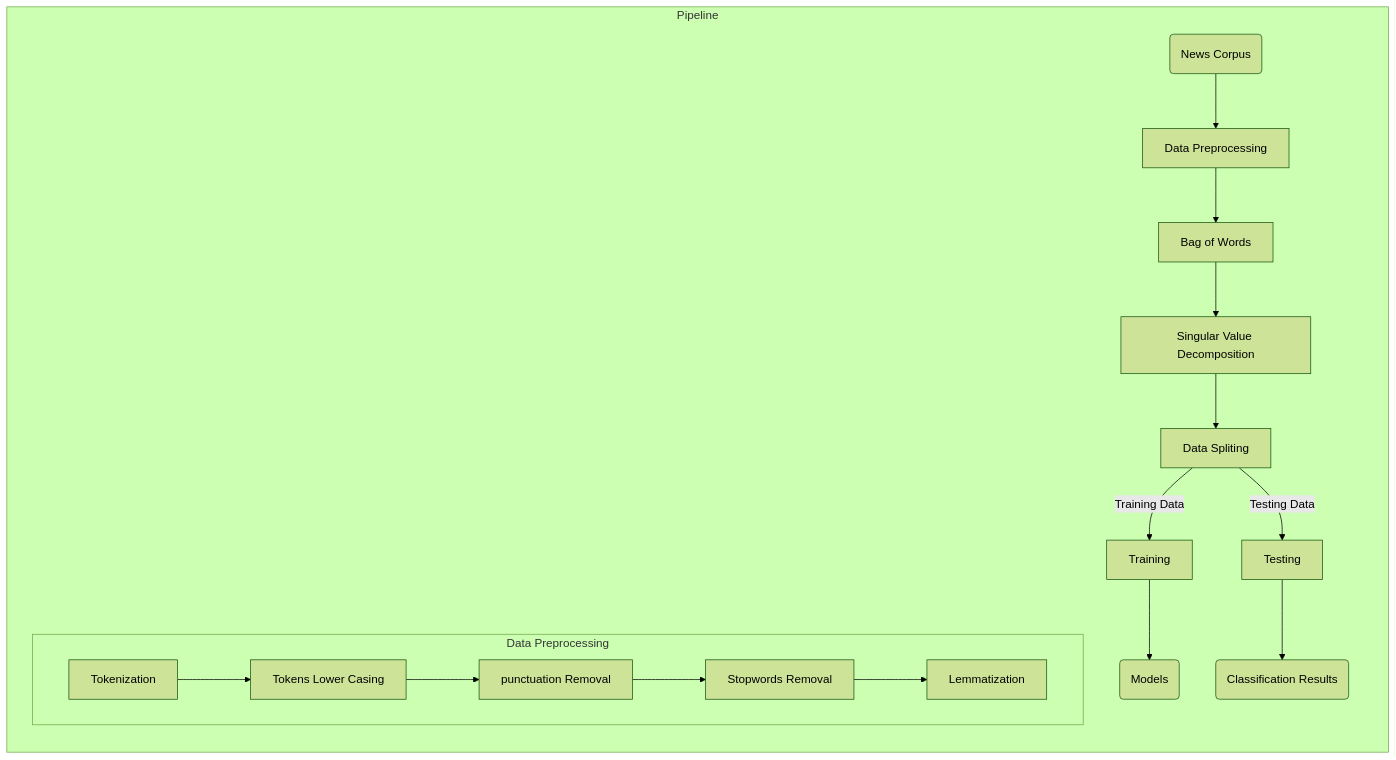
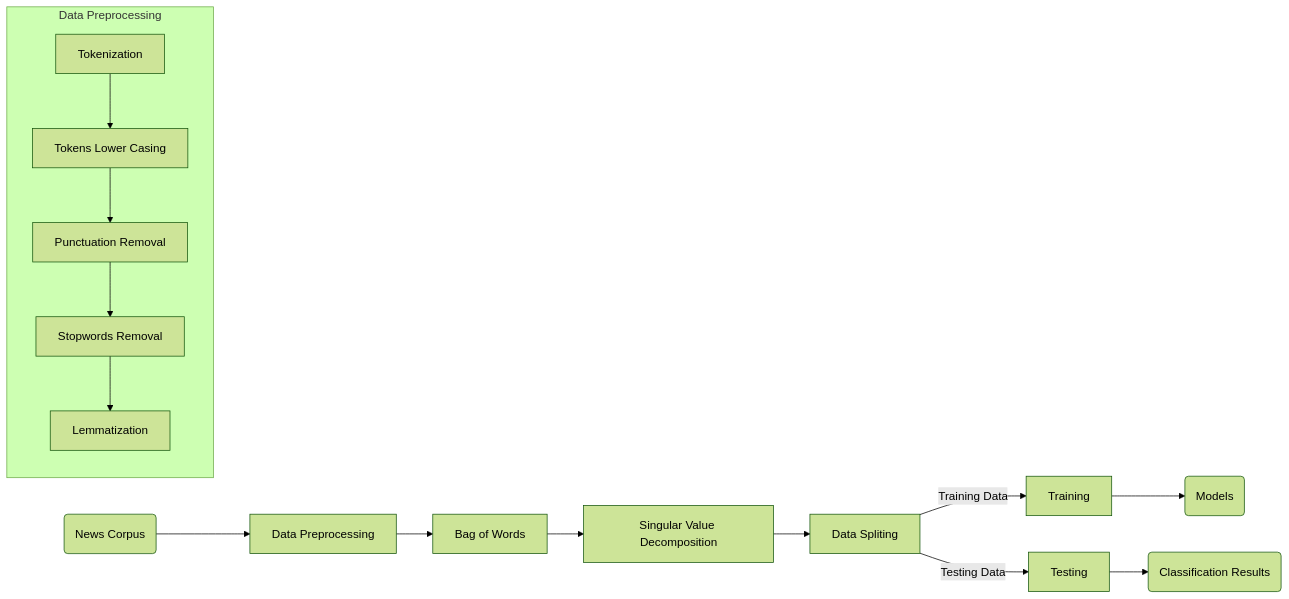
Before and after one commit to uzairrj/Fake-News-Classifier: the diagram in README.md, drawn with Mermaid (forest theme).

Commit message:
Flowchart Update

````diff
--- a/README.md
+++ b/README.md
@@ -7,19 +7,17 @@
 ```mermaid
 graph LR
-subgraph Pipeline
+	subgraph Data Preprocessing
+		K[Tokenization] --> L[Tokens Lower Casing]
+		L --> M[Punctuation Removal]
+		M --> N[Stopwords Removal]
+		N --> O[Lemmatization]
+	end
 	I(News Corpus) --> A
 	A[Data Preprocessing] --> B[Bag of Words]
 	B --> C[Singular Value Decomposition]
 	C --> D[Data Spliting]
 	D -- Training Data --> E[Training]
 	E --> F(Models)
 	D -- Testing Data --> G[Testing]
 	G --> H(Classification Results)
-	subgraph Data Preprocessing
-	K[Tokenization] --> L[Tokens Lower Casing]
-	L --> M[punctuation Removal]
-	M --> N[Stopwords Removal]
-	N --> O[Lemmatization]
-	end
-end
 ```
````
